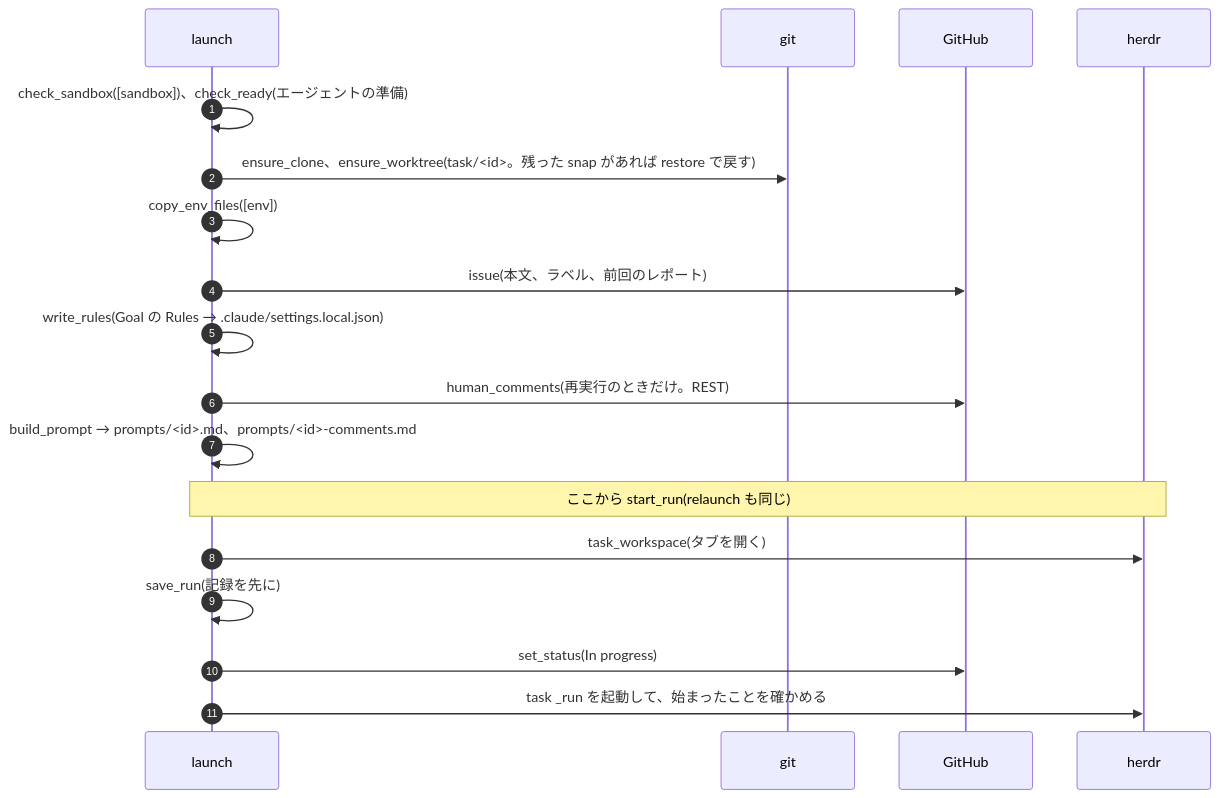
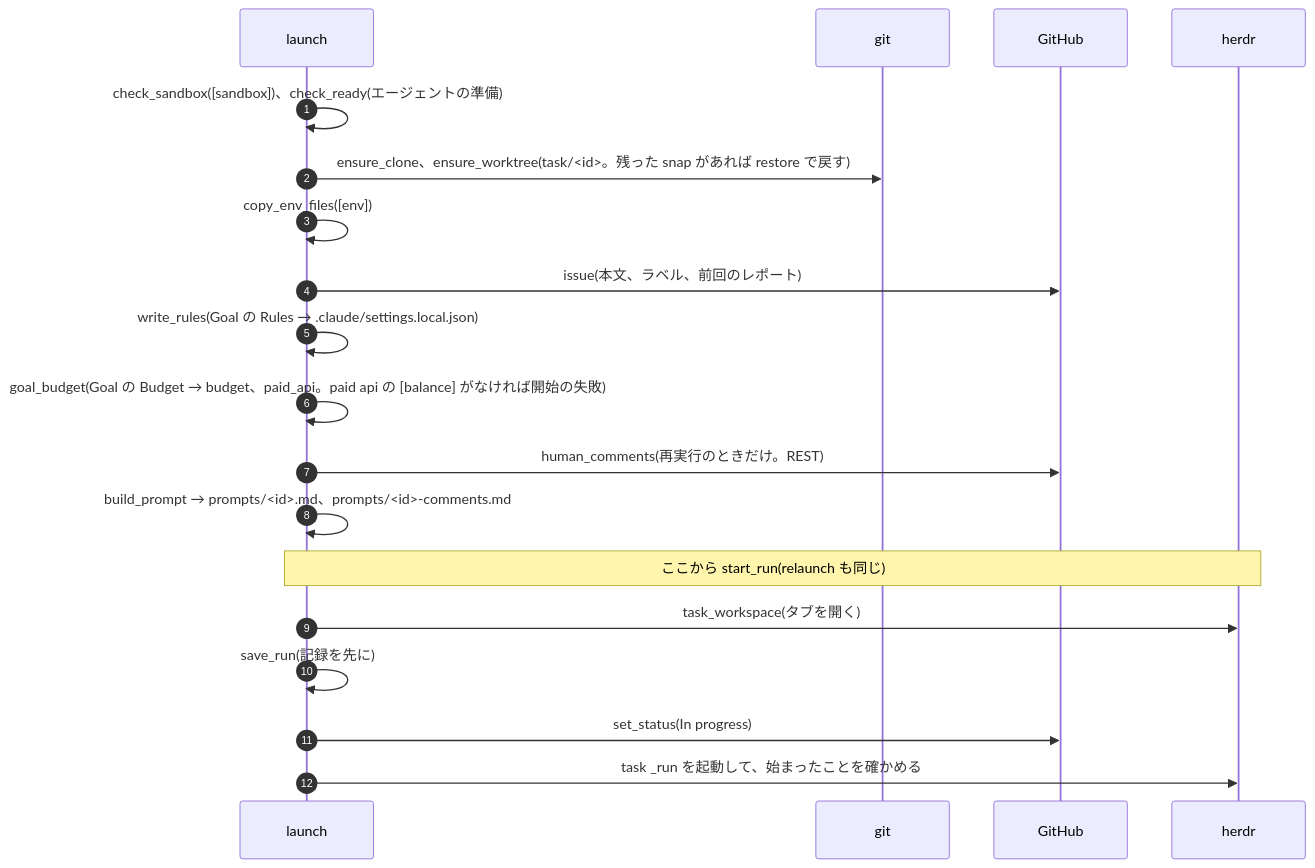
Before and after one commit to jyoka/task-hub: the fifth of 9 diagrams in docs/architecture/lld.md, drawn with Mermaid. The commit also changed other lines of this file and 12 other files, not shown here.

````diff
--- a/docs/architecture/lld.md
+++ b/docs/architecture/lld.md
@@ -261,20 +261,21 @@
 ```mermaid
 sequenceDiagram
     autonumber
     participant L as launch
     participant G as git
     participant GH as GitHub
     participant H as herdr
     L->>L: check_sandbox([sandbox])、check_ready(エージェントの準備)
     L->>G: ensure_clone、ensure_worktree(task/<id>。残った snap があれば restore で戻す)
     L->>L: copy_env_files([env])
     L->>GH: issue(本文、ラベル、前回のレポート)
     L->>L: write_rules(Goal の Rules → .claude/settings.local.json)
+    L->>L: goal_budget(Goal の Budget → budget、paid_api。paid api の [balance] がなければ開始の失敗)
     L->>GH: human_comments(再実行のときだけ。REST)
     L->>L: build_prompt → prompts/<id>.md、prompts/<id>-comments.md
     Note over L,H: ここから start_run(relaunch も同じ)
     L->>H: task_workspace(タブを開く)
     L->>L: save_run(記録を先に)
     L->>GH: set_status(In progress)
     L->>H: task _run を起動して、始まったことを確かめる
 ```
````
